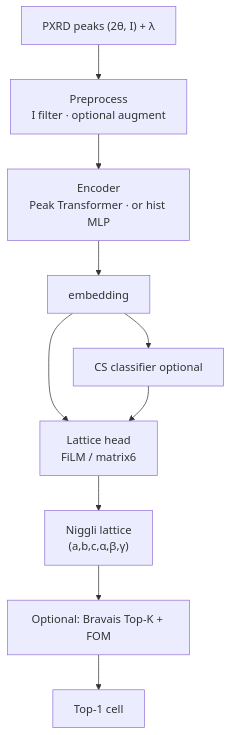
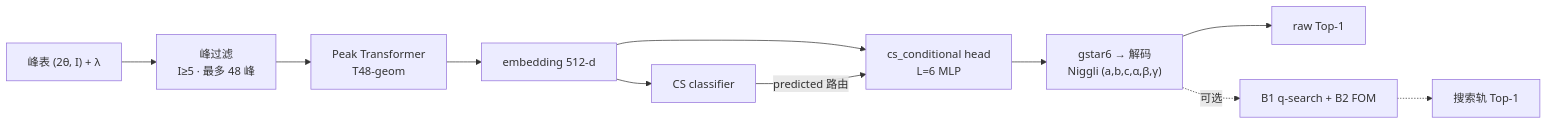
One commit to BaikelWang/pxrd-cell-indexer changed the first of 2 diagrams in README.md. Above: the diagram before and after it, drawn with Mermaid. The commit also changed other lines of this file, not shown here.

First line of the commit message:
Update README with dual-track baseline, model design, and optimization flow.

````diff
--- a/README.md
+++ b/README.md
@@ -45,12 +65,13 @@
 ```mermaid
-flowchart TD
-    P["PXRD peaks (2θ, I) + λ"] --> F["Preprocess<br/>I filter · optional augment"]
-    F --> E["Encoder<br/>Peak Transformer · or hist MLP"]
-    E --> V["embedding"]
-    V --> C["CS classifier optional"]
-    V --> H["Lattice head<br/>FiLM / matrix6"]
-    C --> H
-    H --> L["Niggli lattice<br/>(a,b,c,α,β,γ)"]
-    L --> K["Optional: Bravais Top-K + FOM"]
-    K --> O["Top-1 cell"]
+flowchart LR
+    P["峰表 (2θ, I) + λ"] --> F["峰过滤<br/>I≥5 · 最多 48 峰"]
+    F --> T["Peak Transformer<br/>T48-geom"]
+    T --> E["embedding 512-d"]
+    E --> CS["CS classifier"]
+    E --> H["cs_conditional head<br/>L=6 MLP"]
+    CS -->|predicted 路由| H
+    H --> G["gstar6 → 解码<br/>Niggli (a,b,c,α,β,γ)"]
+    G --> O["raw Top-1"]
+    G -.->|可选| S["B1 q-search + B2 FOM"]
+    S -.-> O2["搜索轨 Top-1"]
 ```
````
